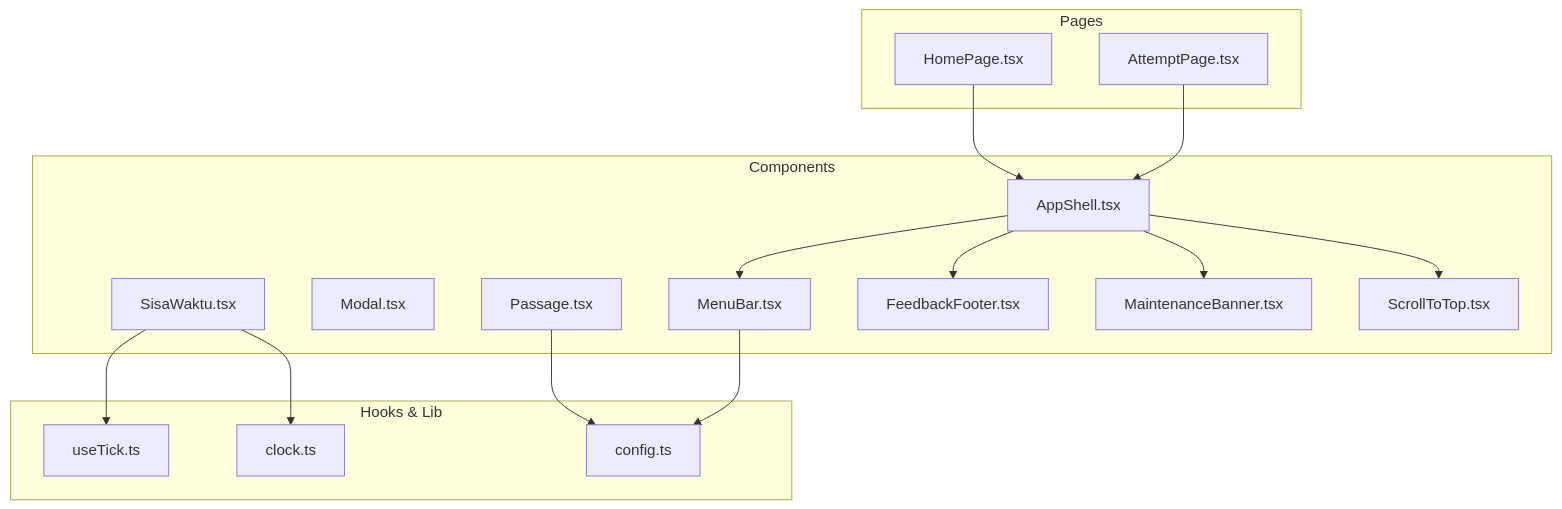
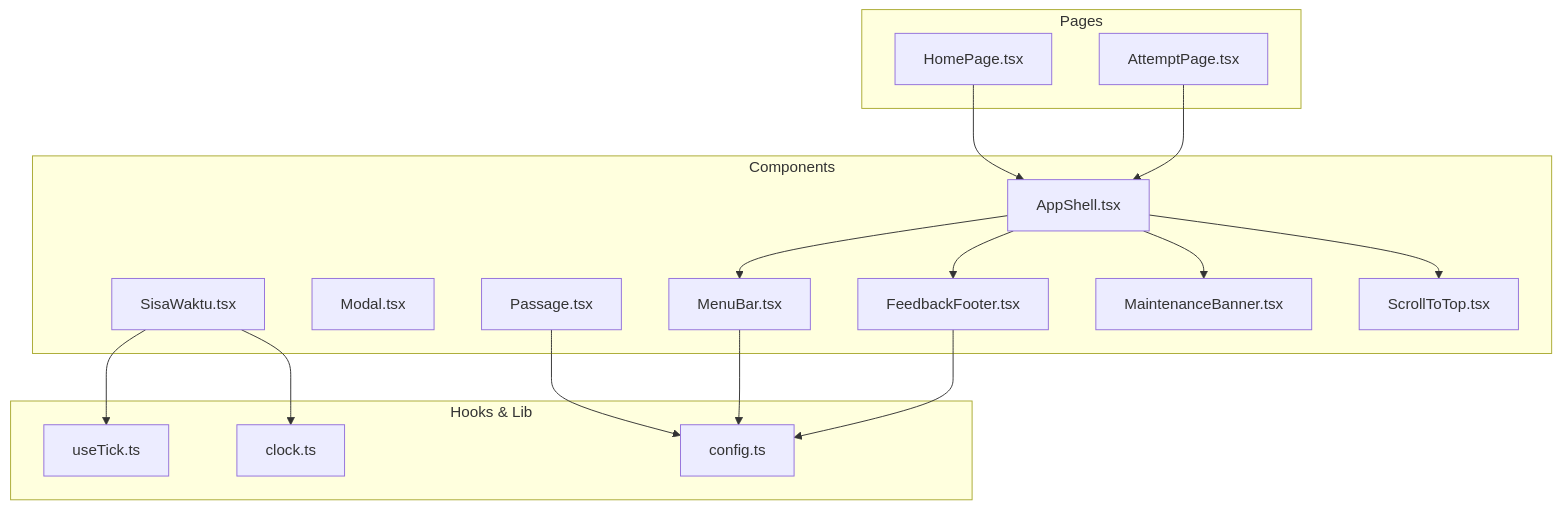
The first of 3 diagrams in .qoder/repowiki/en/content/Frontend Application/UI Components.md (muhammadhabibullah/tbs-lpdp), drawn with Mermaid before and after one commit. The commit also changed other lines of this file and 3 other files, not shown here.

````diff
--- a/.qoder/repowiki/en/content/Frontend Application/UI Components.md
+++ b/.qoder/repowiki/en/content/Frontend Application/UI Components.md
@@ -38,32 +45,33 @@
 ```mermaid
 graph TB
 subgraph "Pages"
 HP["HomePage.tsx"]
 AP["AttemptPage.tsx"]
 end
 subgraph "Components"
 AS["AppShell.tsx"]
 MB["MenuBar.tsx"]
 MF["Modal.tsx"]
 SW["SisaWaktu.tsx"]
 PG["Passage.tsx"]
 FB["FeedbackFooter.tsx"]
 MT["MaintenanceBanner.tsx"]
 ST["ScrollToTop.tsx"]
 end
 subgraph "Hooks & Lib"
 UT["useTick.ts"]
 CK["clock.ts"]
 CFG["config.ts"]
 end
 HP --> AS
 AP --> AS
 AS --> MB
 AS --> FB
 AS --> MT
 AS --> ST
 SW --> UT
 SW --> CK
 PG --> CFG
 MB --> CFG
+FB --> CFG
 ```
````
